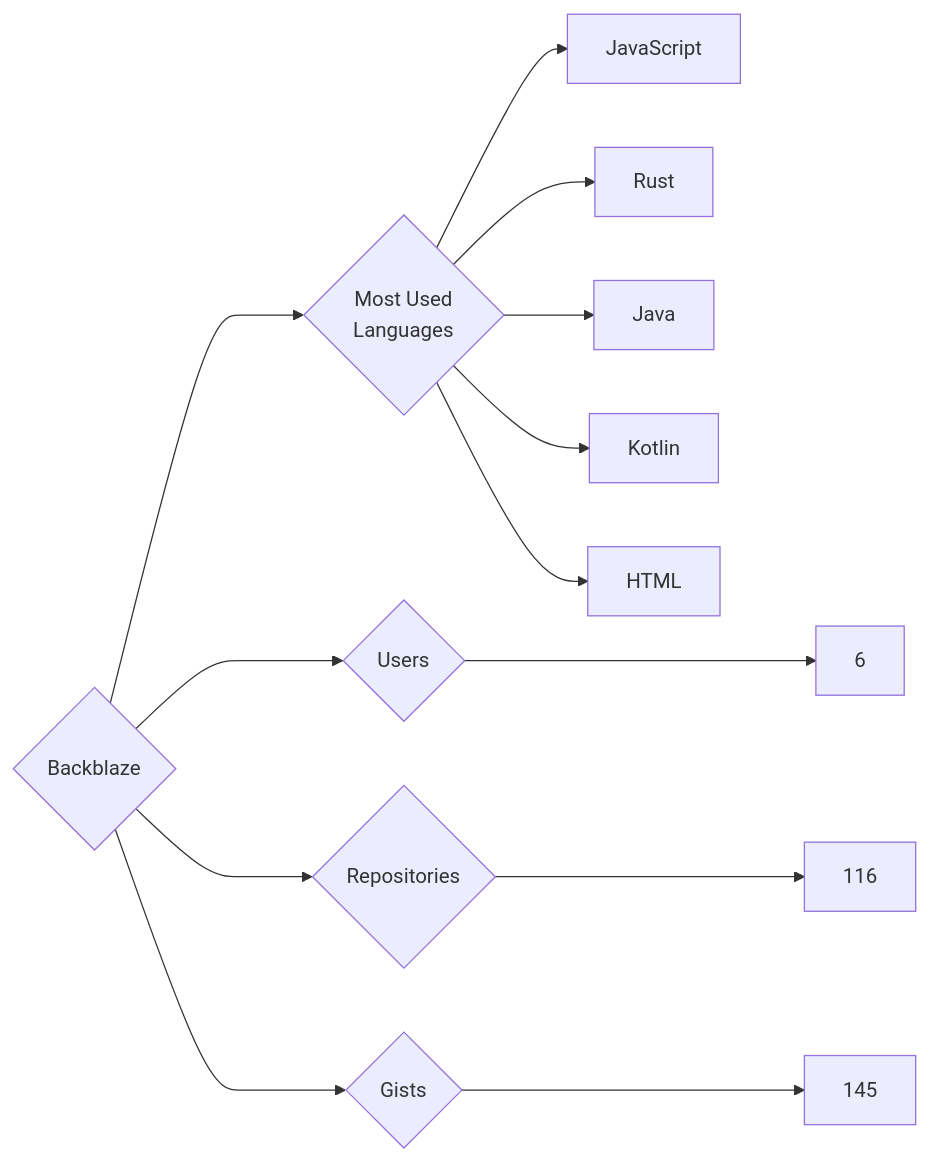
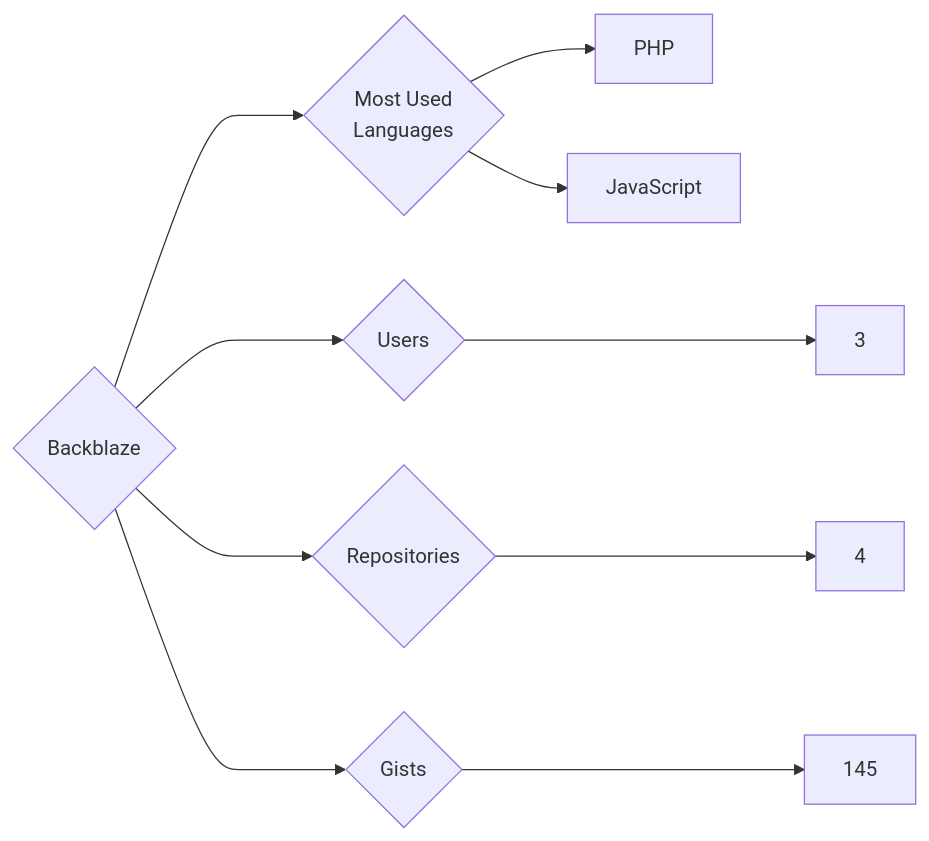
Before and after one commit to trickest/insiders: the diagram in targets/Backblaze/README.md, drawn with Mermaid. The commit also changed 934 other files, not shown here.

````diff
--- a/targets/Backblaze/README.md
+++ b/targets/Backblaze/README.md
@@ -3,13 +3,10 @@
 ```mermaid
 graph LR
 COMPANY_NAME{Backblaze}
-COMPANY_NAME ---> U{Users} ---> UN[6]
-COMPANY_NAME ---> R{Repositories} ---> RN[116]
+COMPANY_NAME ---> U{Users} ---> UN[3]
+COMPANY_NAME ---> R{Repositories} ---> RN[4]
 COMPANY_NAME ---> G{Gists} ---> GN[145]
 COMPANY_NAME ---> ML{Most Used<br>Languages}
+ML --> PHP[PHP]
 ML --> JavaScript[JavaScript]
-ML --> Rust[Rust]
-ML --> Java[Java]
-ML --> Kotlin[Kotlin]
-ML --> HTML[HTML]
 ```
````
